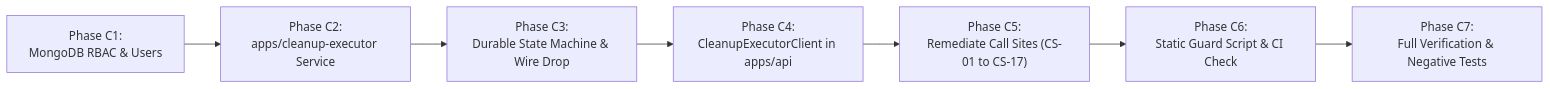
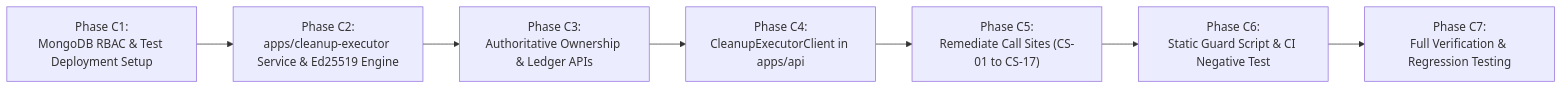
One commit to AmiTtiwari43/Decision-OS changed the third of 3 diagrams in BATCH_4_V38_ARCHITECTURE_DECISION.md. Above: the diagram before and after it, drawn with Mermaid. The commit also changed other lines of this file, not shown here.

Commit message:
docs: harden batch 4 v3.8 cleanup executor architecture

````diff
--- a/BATCH_4_V38_ARCHITECTURE_DECISION.md
+++ b/BATCH_4_V38_ARCHITECTURE_DECISION.md
@@ -661,9 +784,9 @@
 ```mermaid
 flowchart LR
-    PhaseC1["Phase C1:\nMongoDB RBAC & Users"] --> PhaseC2["Phase C2:\napps/cleanup-executor Service"]
-    PhaseC2 --> PhaseC3["Phase C3:\nDurable State Machine & Wire Drop"]
+    PhaseC1["Phase C1:\nMongoDB RBAC & Test Deployment Setup"] --> PhaseC2["Phase C2:\napps/cleanup-executor Service & Ed25519 Engine"]
+    PhaseC2 --> PhaseC3["Phase C3:\nAuthoritative Ownership & Ledger APIs"]
     PhaseC3 --> PhaseC4["Phase C4:\nCleanupExecutorClient in apps/api"]
     PhaseC4 --> PhaseC5["Phase C5:\nRemediate Call Sites (CS-01 to CS-17)"]
-    PhaseC5 --> PhaseC6["Phase C6:\nStatic Guard Script & CI Check"]
-    PhaseC6 --> PhaseC7["Phase C7:\nFull Verification & Negative Tests"]
+    PhaseC5 --> PhaseC6["Phase C6:\nStatic Guard Script & CI Negative Test"]
+    PhaseC6 --> PhaseC7["Phase C7:\nFull Verification & Regression Testing"]
 ```
````
